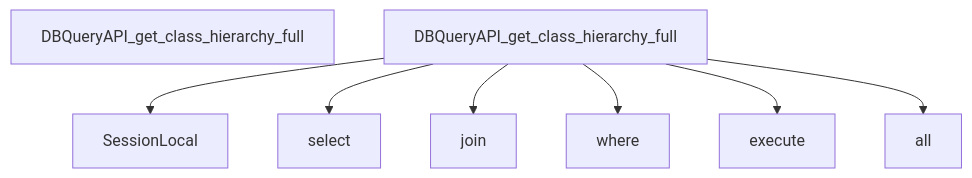
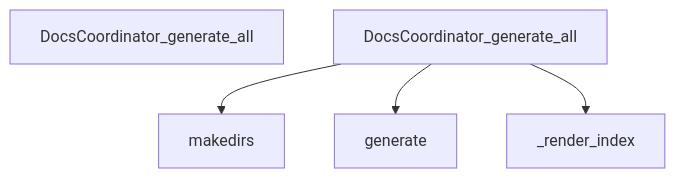
One commit to hazalkoom/DECODEx01 changed diagram 14 of 26 in docs/DATA_FLOW.md. Above: the diagram before and after it, drawn with Mermaid. The commit also changed other lines of this file and 15 other files, not shown here.

Commit message:
feat: NLG phases 2-4 - API scanner, few-shot schema, and story generator

````diff
--- a/docs/DATA_FLOW.md
+++ b/docs/DATA_FLOW.md
@@ -467,29 +531,17 @@
 ```mermaid
 graph TD
-    Start[DBQueryAPI_get_class_hierarchy_full]
+    Start[DocsCoordinator_generate_all]
 
 
-    DBQueryAPI_get_class_hierarchy_full --> SessionLocal
+    DocsCoordinator_generate_all --> makedirs
 
 
 
-    DBQueryAPI_get_class_hierarchy_full --> select
+    DocsCoordinator_generate_all --> generate
 
 
 
-    DBQueryAPI_get_class_hierarchy_full --> join
-
-
-
-    DBQueryAPI_get_class_hierarchy_full --> where
-
-
-
-    DBQueryAPI_get_class_hierarchy_full --> execute
-
-
-
-    DBQueryAPI_get_class_hierarchy_full --> all
+    DocsCoordinator_generate_all --> _render_index
 
 
 ```
````
